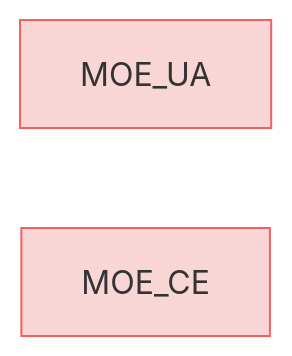
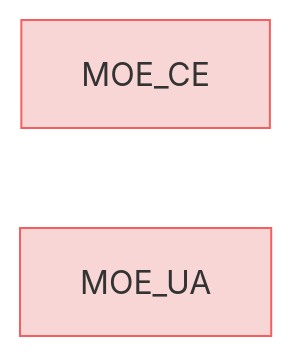
One commit to reqvire-org/reqvire changed the diagram in specifications/MOEs.md. Above: the diagram before and after it, drawn with Mermaid. The commit also changed 72 other files, not shown here.

Commit message:
Major rework of the logic in reqvire. It uses git repository root as root folder and everything else is relative to it. External folders and specifications folder concept has been deprecated.

````diff
--- a/specifications/MOEs.md
+++ b/specifications/MOEs.md
@@ -4,15 +4,15 @@
 ```mermaid
 graph LR;
   %% Graph styling
   classDef requirement fill:#f9d6d6,stroke:#f55f5f,stroke-width:1px;
   classDef verification fill:#d6f9d6,stroke:#5fd75f,stroke-width:1px;
   classDef externalLink fill:#d0e0ff,stroke:#3080ff,stroke-width:1px;
   classDef default fill:#f5f5f5,stroke:#333333,stroke-width:1px;
 
+  ac59f565725d5e41["MOE_CE"];
+  click ac59f565725d5e41 "MOEs.md#moe_ce";
+  class ac59f565725d5e41 requirement;
   6c33f565725d5e41["MOE_UA"];
-  click 6c33f565725d5e41 "https://github.com/Reqvire/reqvire/blob/ad88ba6b828e94c93382866fefd058c011c1ac60/specifications/MOEs.md#moe_ua";
+  click 6c33f565725d5e41 "MOEs.md#moe_ua";
   class 6c33f565725d5e41 requirement;
-  ac59f565725d5e41["MOE_CE"];
-  click ac59f565725d5e41 "https://github.com/Reqvire/reqvire/blob/ad88ba6b828e94c93382866fefd058c011c1ac60/specifications/MOEs.md#moe_ce";
-  class ac59f565725d5e41 requirement;
 ```
````
